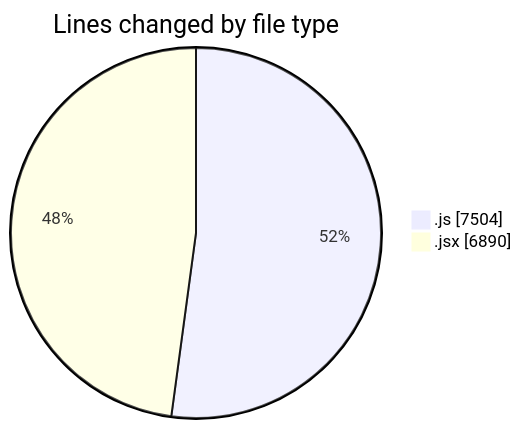
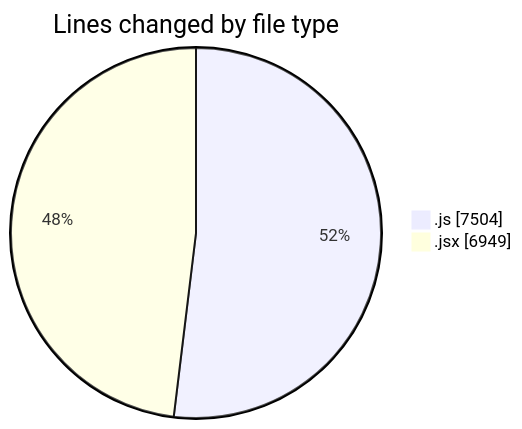
Before and after one commit to nxtqubesakshisongat/code-tracking: the first of 2 diagrams in 2025-09-24/nxtqube_webapp/README.md, drawn with Mermaid. The commit also changed other lines of this file and 1 other file, not shown here.

````diff
--- a/2025-09-24/nxtqube_webapp/README.md
+++ b/2025-09-24/nxtqube_webapp/README.md
@@ -23,6 +23,6 @@
 ```mermaid
 pie showData
 title Lines changed by file type
 ".js" : 7504
-".jsx" : 6890
+".jsx" : 6949
 ```
````
